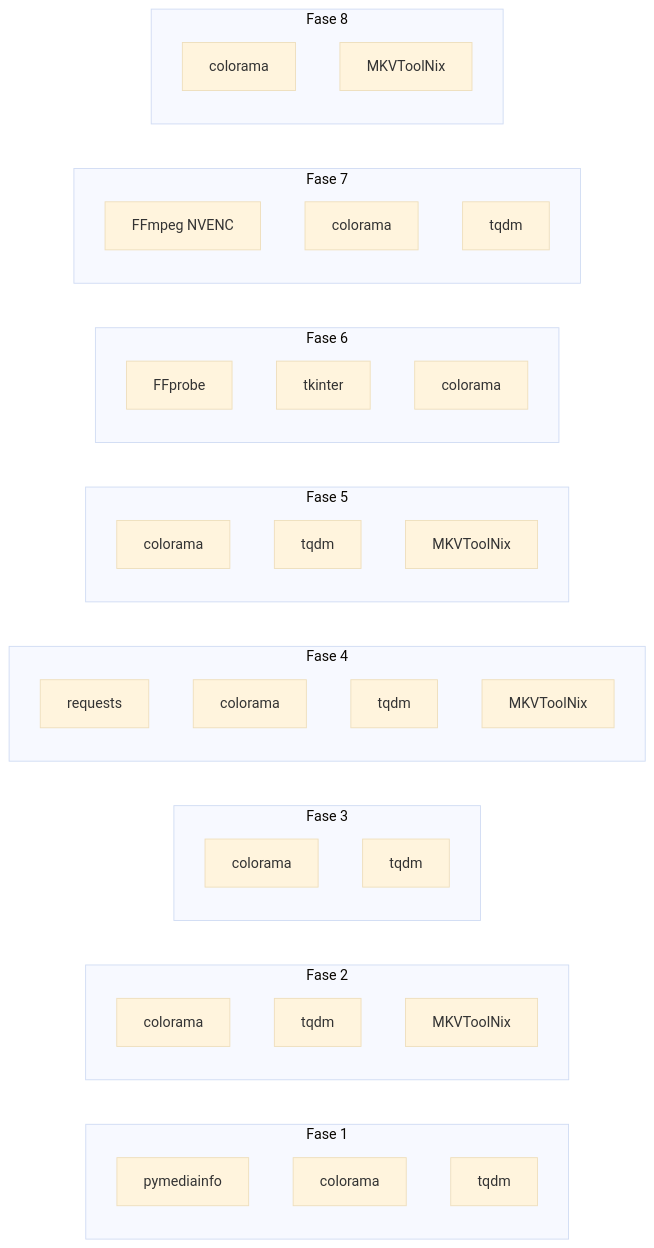
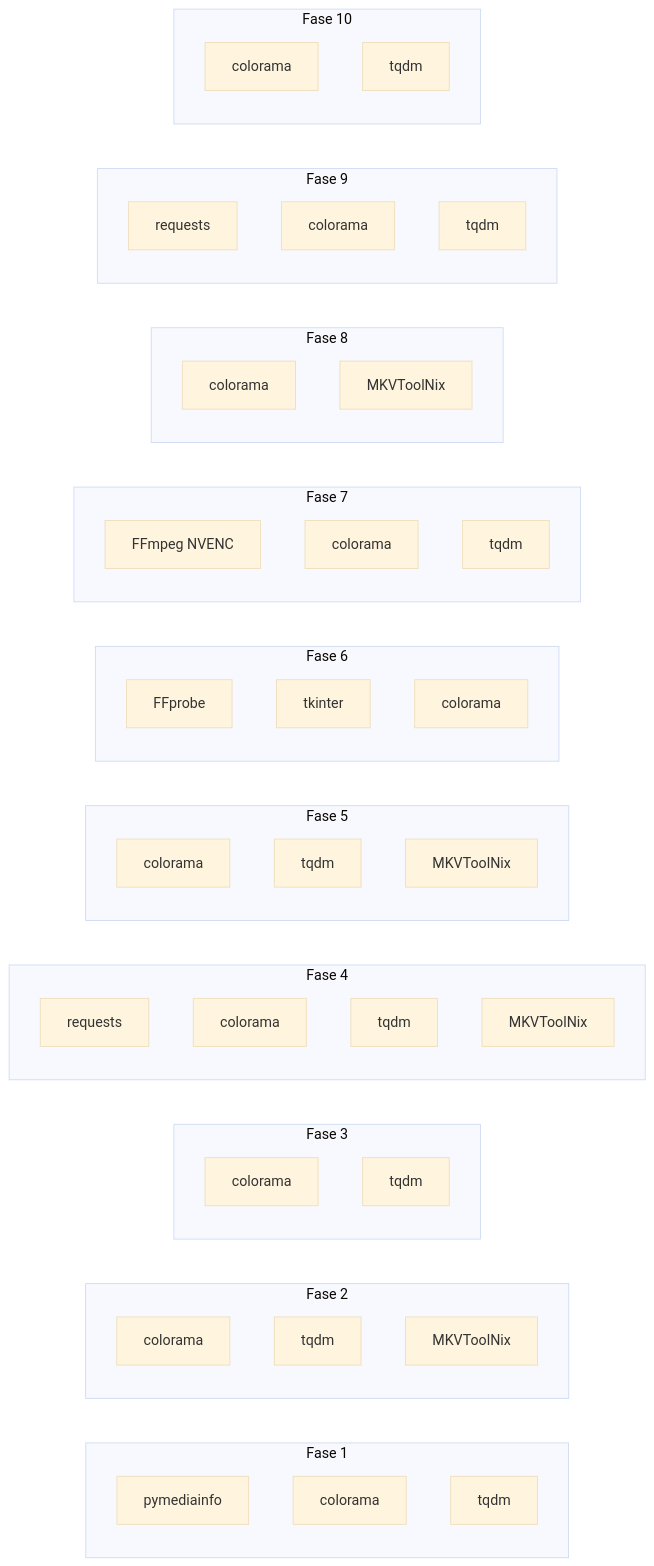
The diagram in docs/dependencias-python.md (carmipa/projeto-tracker-animes-traducao), drawn with Mermaid (base theme) before and after one commit. The commit also changed other lines of this file and 12 other files, not shown here.

Commit message:
docs: add module documentation and comprehensive guide for Guilty Crown workflow and repository architecture.

````diff
--- a/docs/dependencias-python.md
+++ b/docs/dependencias-python.md
@@ -53,49 +58,60 @@
 ```mermaid
 flowchart LR
     subgraph F1["Fase 1"]
         MI[pymediainfo]
         C1[colorama]
         T1[tqdm]
     end
 
     subgraph F2["Fase 2"]
         C2[colorama]
         T2[tqdm]
         MKVT2[MKVToolNix]
     end
 
     subgraph F3["Fase 3"]
         C3[colorama]
         T3[tqdm]
     end
 
     subgraph F4["Fase 4"]
         REQ[requests]
         C4[colorama]
         T4[tqdm]
         MKVT4[MKVToolNix]
     end
 
     subgraph F5["Fase 5"]
         C5[colorama]
         T5[tqdm]
         MKVT5[MKVToolNix]
     end
 
     subgraph F6["Fase 6"]
         FF6[FFprobe]
         TK6[tkinter]
         C6[colorama]
     end
 
     subgraph F7["Fase 7"]
         FF7[FFmpeg NVENC]
         C7[colorama]
         T7[tqdm]
     end
 
     subgraph F8["Fase 8"]
         C8[colorama]
         MKVT8[MKVToolNix]
     end
+
+    subgraph F9["Fase 9"]
+        REQ9[requests]
+        C9[colorama]
+        T9[tqdm]
+    end
+
+    subgraph F10["Fase 10"]
+        C10[colorama]
+        T10[tqdm]
+    end
 ```
````
